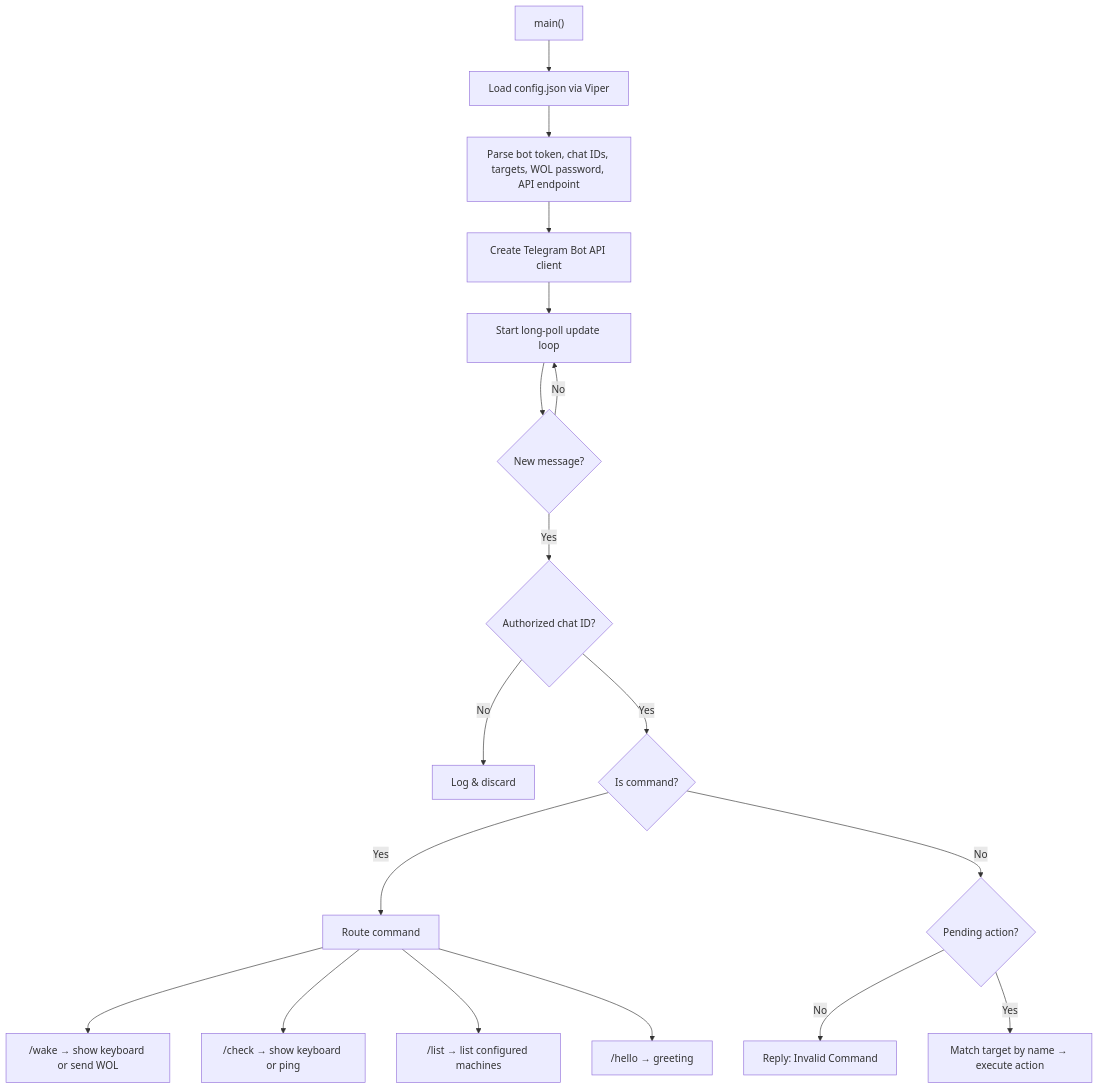
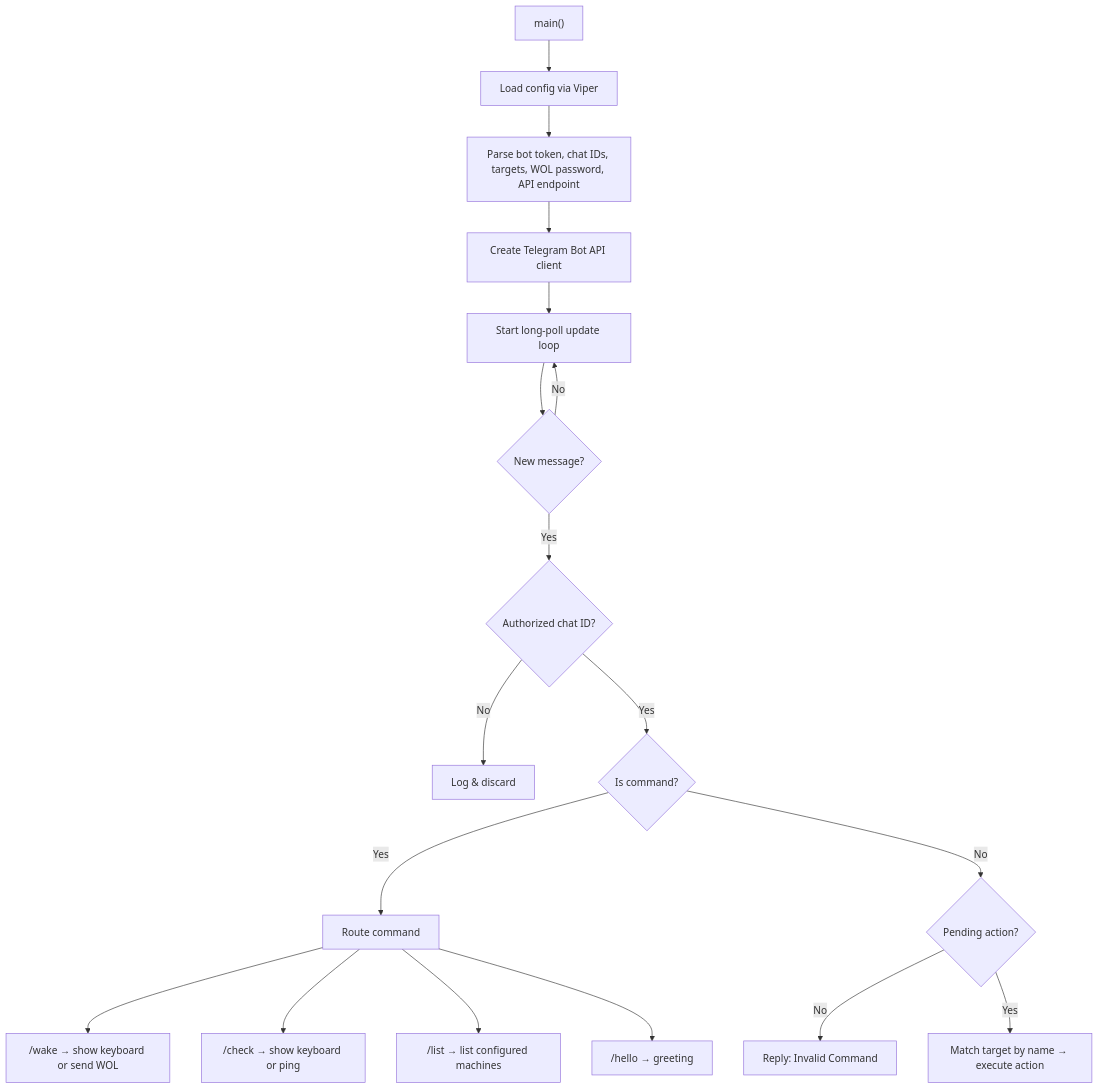
One commit to levisre/wakeup_go changed the first of 3 diagrams in walkthrough.md. Above: the diagram before and after it, drawn with Mermaid. The commit also changed other lines of this file and 1 other file, not shown here.

````diff
--- a/walkthrough.md
+++ b/walkthrough.md
@@ -63,21 +49,21 @@
 ```mermaid
 flowchart TD
-    A["main()"] --> B["Load config.json via Viper"]
+    A["main()"] --> B["Load config via Viper"]
     B --> C["Parse bot token, chat IDs, targets, WOL password, API endpoint"]
     C --> D["Create Telegram Bot API client"]
     D --> E["Start long-poll update loop"]
     E --> F{"New message?"}
     F -->|No| E
     F -->|Yes| G{"Authorized chat ID?"}
     G -->|No| H["Log & discard"]
     G -->|Yes| I{"Is command?"}
     I -->|Yes| J["Route command"]
     I -->|No| K{"Pending action?"}
     K -->|No| L["Reply: Invalid Command"]
     K -->|Yes| M["Match target by name → execute action"]
     
     J --> J1["/wake → show keyboard or send WOL"]
     J --> J2["/check → show keyboard or ping"]
     J --> J3["/list → list configured machines"]
     J --> J4["/hello → greeting"]
 ```
````
